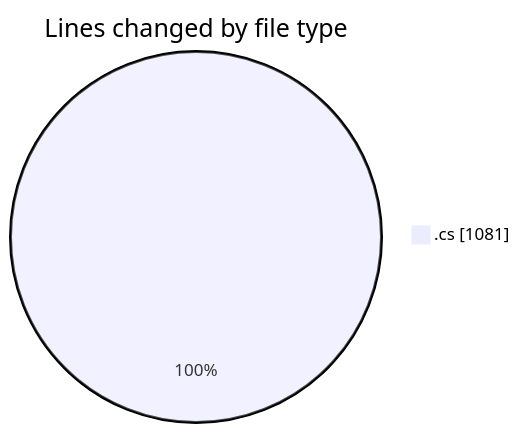
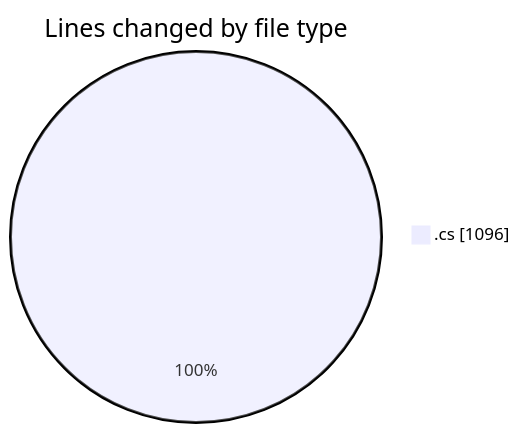
The first of 2 diagrams in 2025-03-29/back-end/README.md (Netris89/code-tracking), drawn with Mermaid before and after one commit. The commit also changed other lines of this file and 1 other file, not shown here.

````diff
--- a/2025-03-29/back-end/README.md
+++ b/2025-03-29/back-end/README.md
@@ -23,5 +23,5 @@
 ```mermaid
 pie showData
 title Lines changed by file type
-".cs" : 1081
+".cs" : 1096
 ```
````
